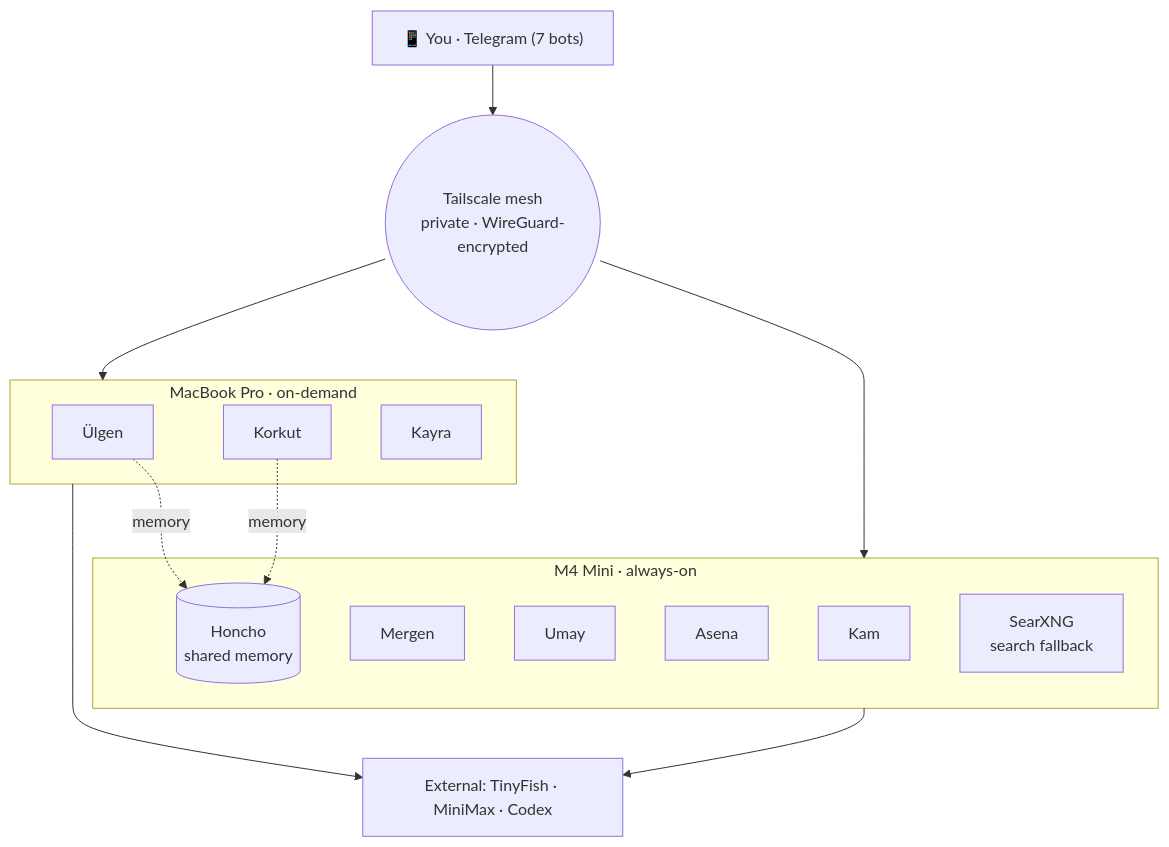
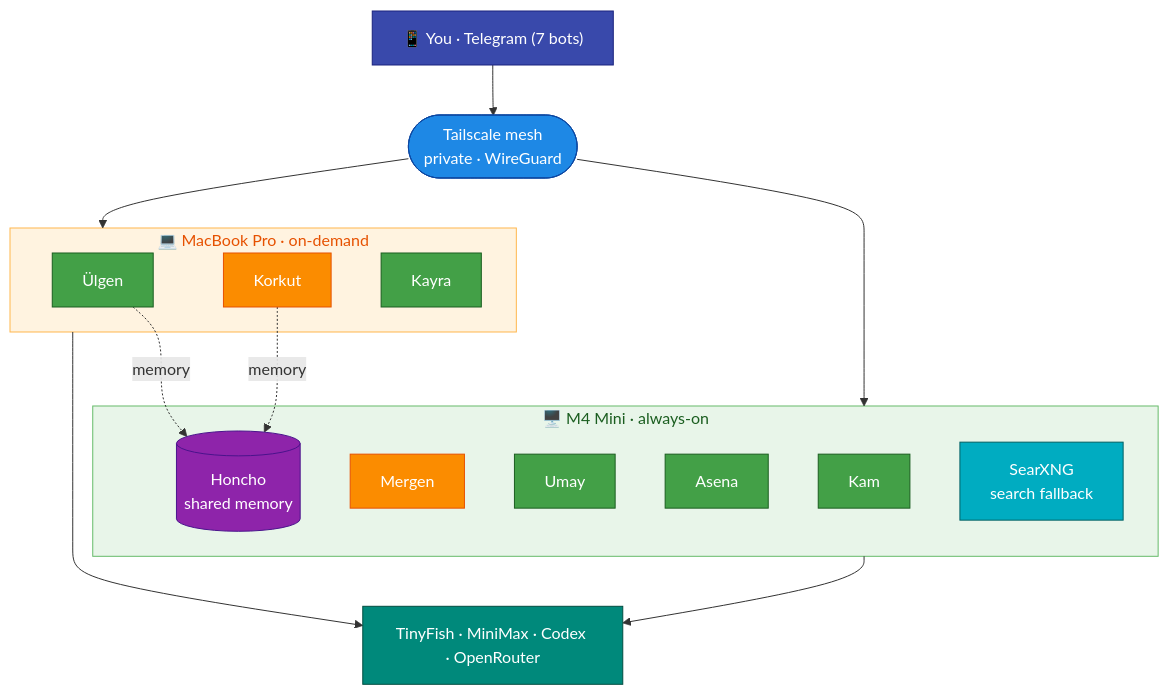
One commit to mpolatcan/hermes-setup changed the first of 2 diagrams in README.md. Above: the diagram before and after it, drawn with Mermaid. The commit also changed other lines of this file and 8 other files, not shown here.

First line of the commit message:
docs: Material Design styling on all diagrams + ASCII→mermaid

````diff
--- a/README.md
+++ b/README.md
@@ -5,25 +5,34 @@
 ```mermaid
 flowchart TB
-    you["📱 You · Telegram (7 bots)"]
-    you --> net((Tailscale mesh<br/>private · WireGuard-encrypted))
-    subgraph mini["M4 Mini · always-on"]
-        Kam["Kam"]
-        Mergen["Mergen"]
-        Umay["Umay"]
-        Asena["Asena"]
-        Honcho[("Honcho<br/>shared memory")]
-        SearXNG["SearXNG<br/>search fallback"]
+    you["📱 You · Telegram (7 bots)"]:::user
+    you --> net(["Tailscale mesh<br/>private · WireGuard"]):::net
+    subgraph mini["🖥️ M4 Mini · always-on"]
+        Kam["Kam"]:::mini
+        Mergen["Mergen"]:::codex
+        Umay["Umay"]:::mini
+        Asena["Asena"]:::mini
+        Honcho[("Honcho<br/>shared memory")]:::infra
+        SearXNG["SearXNG<br/>search fallback"]:::svc
     end
-    subgraph mbp["MacBook Pro · on-demand"]
-        Ulgen["Ülgen"]
-        Korkut["Korkut"]
-        Kayra["Kayra"]
+    subgraph mbp["💻 MacBook Pro · on-demand"]
+        Ulgen["Ülgen"]:::mini
+        Korkut["Korkut"]:::codex
+        Kayra["Kayra"]:::mini
     end
     net --> mini
     net --> mbp
     Ulgen -. memory .-> Honcho
     Korkut -. memory .-> Honcho
-    ext["External: TinyFish · MiniMax · Codex"]
+    ext["TinyFish · MiniMax · Codex · OpenRouter"]:::ext
     mini --> ext
     mbp --> ext
+    classDef user fill:#3949AB,stroke:#1A237E,color:#fff
+    classDef net fill:#1E88E5,stroke:#0D47A1,color:#fff
+    classDef mini fill:#43A047,stroke:#1B5E20,color:#fff
+    classDef codex fill:#FB8C00,stroke:#E65100,color:#fff
+    classDef infra fill:#8E24AA,stroke:#4A148C,color:#fff
+    classDef svc fill:#00ACC1,stroke:#006064,color:#fff
+    classDef ext fill:#00897B,stroke:#004D40,color:#fff
+    style mini fill:#E8F5E9,stroke:#66BB6A,color:#1B5E20
+    style mbp fill:#FFF3E0,stroke:#FFB74D,color:#E65100
 ```
````
